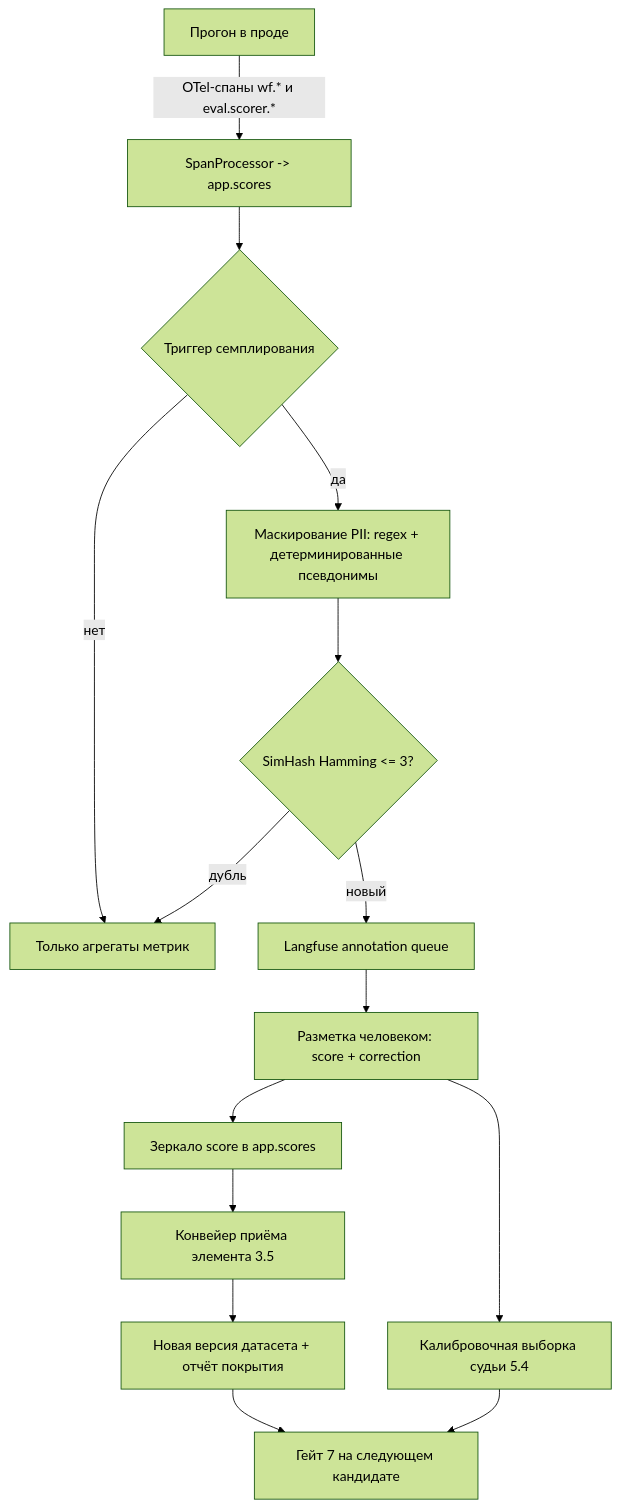
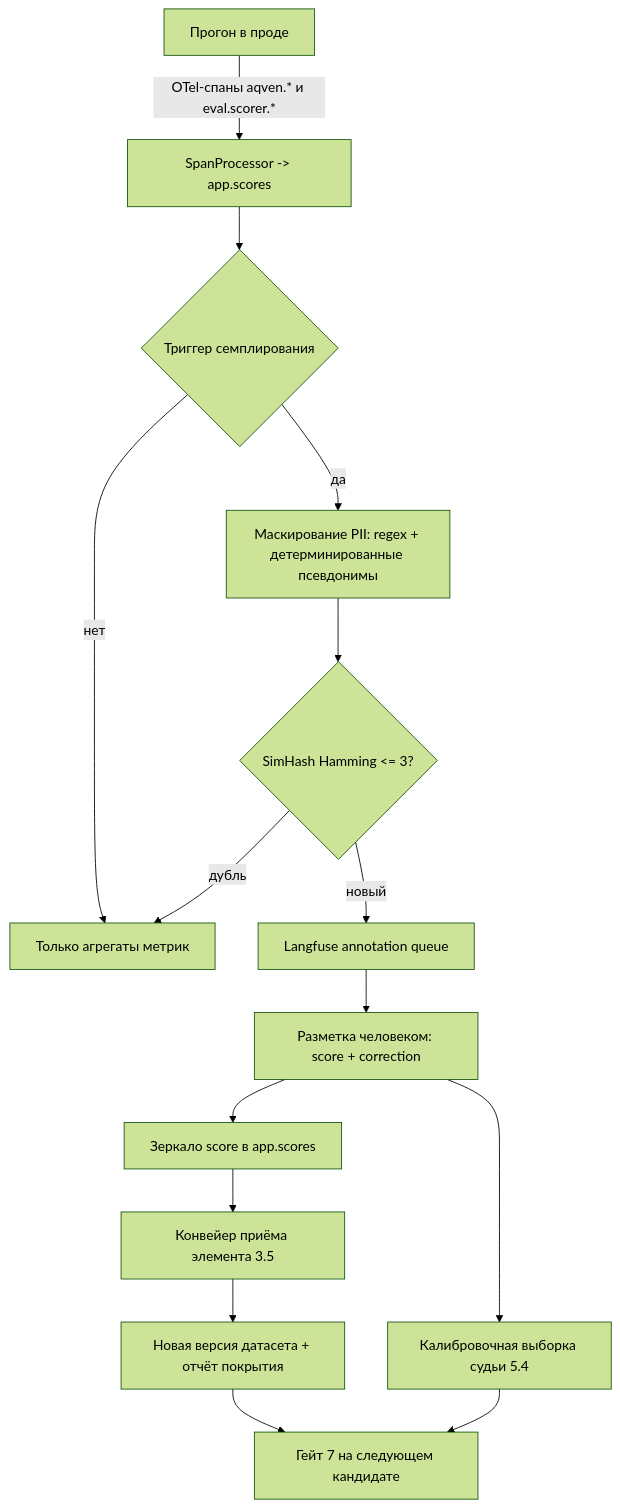
One commit to lastonoga/AQVEN changed the diagram in docs/13-evals-and-gates.md. Above: the diagram before and after it, drawn with Mermaid (forest theme). The commit also changed other lines of this file and 476 other files, not shown here.

````diff
--- a/docs/13-evals-and-gates.md
+++ b/docs/13-evals-and-gates.md
@@ -1493,17 +1493,17 @@
 ```mermaid
 flowchart TD
-  RUN[Прогон в проде] -->|OTel-спаны wf.* и eval.scorer.*| SINK[SpanProcessor -> app.scores]
+  RUN[Прогон в проде] -->|OTel-спаны aqven.* и eval.scorer.*| SINK[SpanProcessor -> app.scores]
   SINK --> POLICY{Триггер семплирования}
   POLICY -->|нет| DROP[Только агрегаты метрик]
   POLICY -->|да| MASK[Маскирование PII: regex + детерминированные псевдонимы]
   MASK --> DEDUP{SimHash Hamming <= 3?}
   DEDUP -->|дубль| DROP
   DEDUP -->|новый| QUEUE[Langfuse annotation queue]
   QUEUE --> HUMAN[Разметка человеком: score + correction]
   HUMAN --> MIRROR[Зеркало score в app.scores]
   MIRROR --> INTAKE[Конвейер приёма элемента 3.5]
   INTAKE --> VER[Новая версия датасета + отчёт покрытия]
   VER --> GATE[Гейт 7 на следующем кандидате]
   HUMAN --> CAL[Калибровочная выборка судьи 5.4]
   CAL --> GATE
 ```
````
